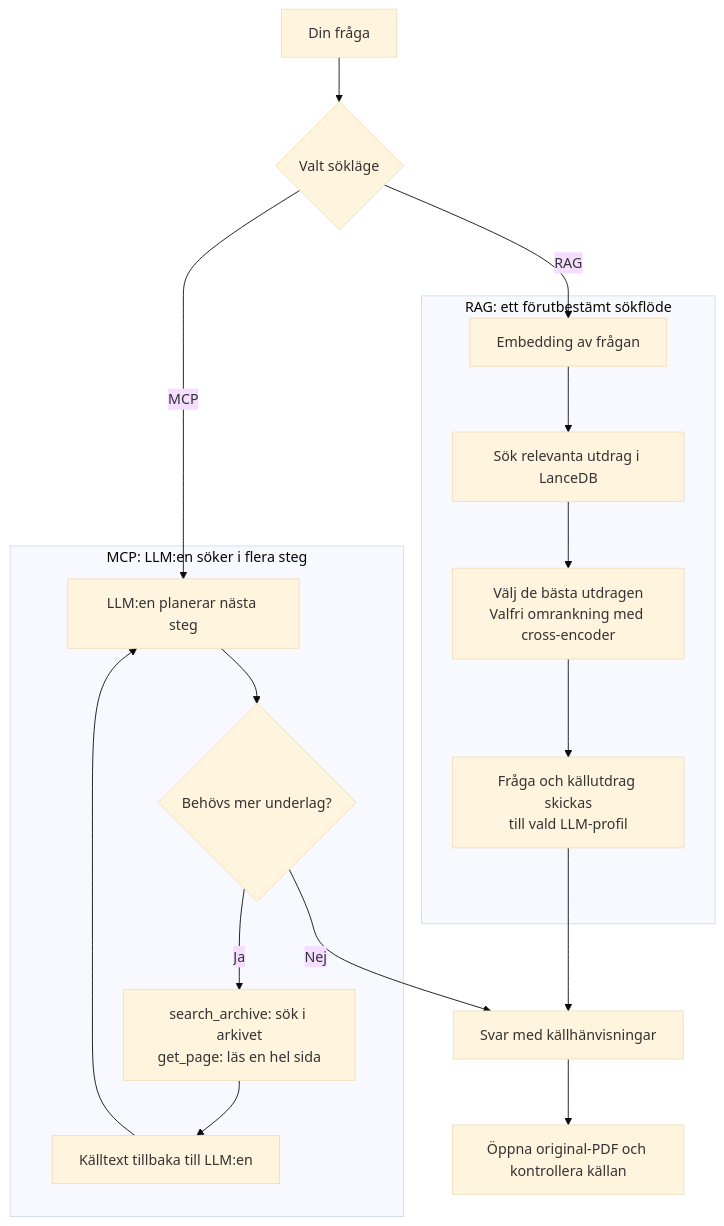
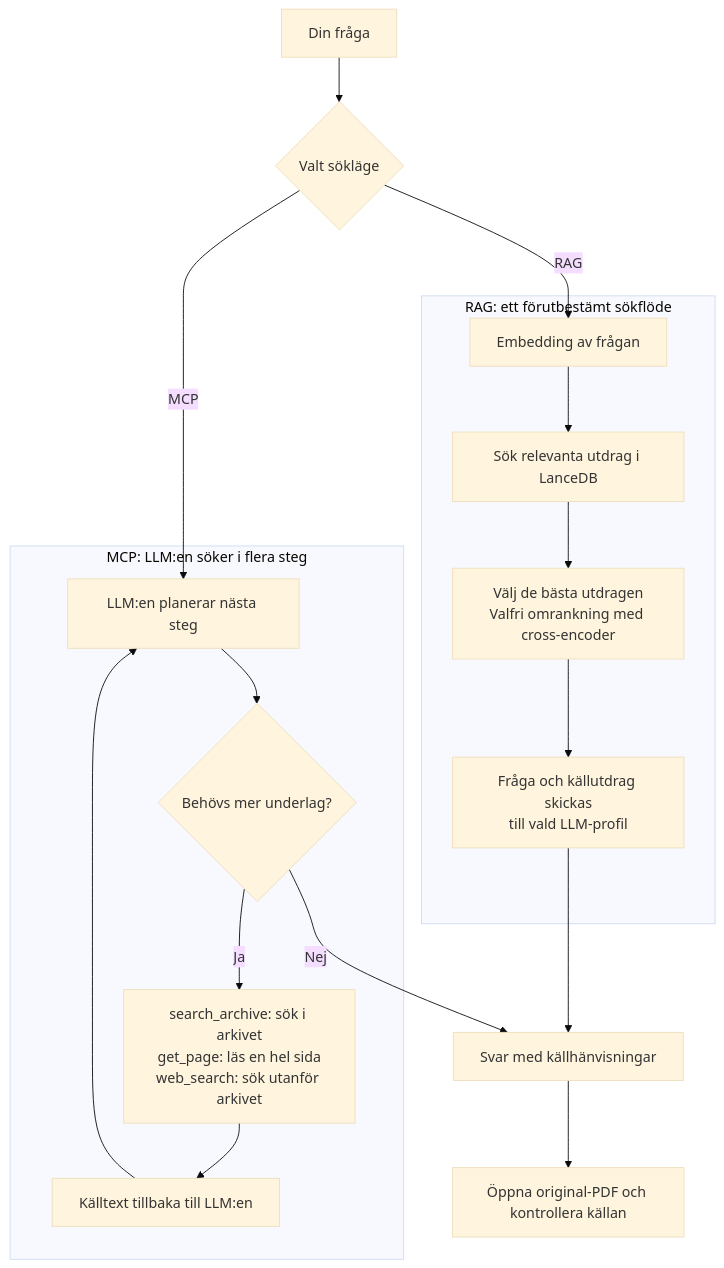
The second of 2 diagrams in docs/teknisk-referens.md (paddan/palmemordsarkivet), drawn with Mermaid (base theme) before and after one commit. The commit also changed other lines of this file and 14 other files, not shown here.

````diff
--- a/docs/teknisk-referens.md
+++ b/docs/teknisk-referens.md
@@ -323,20 +323,20 @@
 ```mermaid
 flowchart TD
     Q["Din fråga"] --> Mode{"Valt sökläge"}
     subgraph RAG["RAG: ett förutbestämt sökflöde"]
         R1["Embedding av frågan"] --> R2["Sök relevanta utdrag i LanceDB"]
         R2 --> R3["Välj de bästa utdragen<br/>Valfri omrankning med cross-encoder"]
         R3 --> R4["Fråga och källutdrag skickas<br/>till vald LLM-profil"]
     end
     subgraph MCP["MCP: LLM:en söker i flera steg"]
         M1["LLM:en planerar nästa steg"] --> M2{"Behövs mer underlag?"}
-        M2 -->|Ja| M3["search_archive: sök i arkivet<br/>get_page: läs en hel sida"]
+        M2 -->|Ja| M3["search_archive: sök i arkivet<br/>get_page: läs en hel sida<br/>web_search: sök utanför arkivet"]
         M3 --> M4["Källtext tillbaka till LLM:en"]
         M4 --> M1
     end
     Mode -->|RAG| R1
     Mode -->|MCP| M1
     R4 --> A["Svar med källhänvisningar"]
     M2 -->|Nej| A
     A --> P["Öppna original-PDF och kontrollera källan"]
 ```
````
